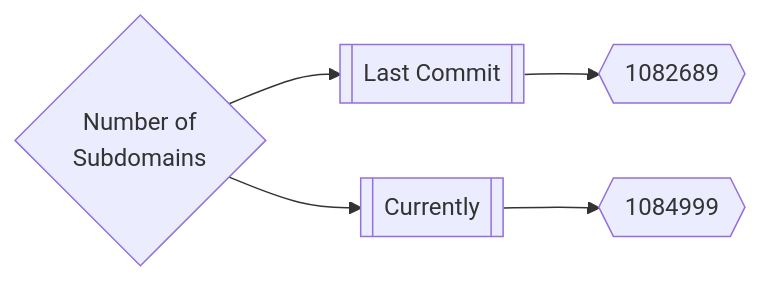
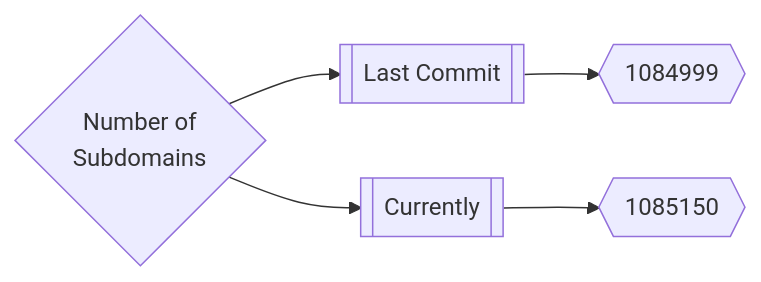
The first of 3 diagrams in README.md (trickest/inventory), drawn with Mermaid before and after one commit. The commit also changed other lines of this file, not shown here.

Commit message:
Update Thu Mar 31 03:57:25 UTC 2022

````diff
--- a/README.md
+++ b/README.md
@@ -165,5 +165,5 @@
 ```mermaid
 graph LR
-title{Number of<br>Subdomains} --> subdomainsDate1[[Last Commit]] --> subdomainsNum1{{1082689}}
-title --> subdomainsDate2[[Currently]] --> subdomainsNum2{{1084999}}
+title{Number of<br>Subdomains} --> subdomainsDate1[[Last Commit]] --> subdomainsNum1{{1084999}}
+title --> subdomainsDate2[[Currently]] --> subdomainsNum2{{1085150}}
 ```
````
